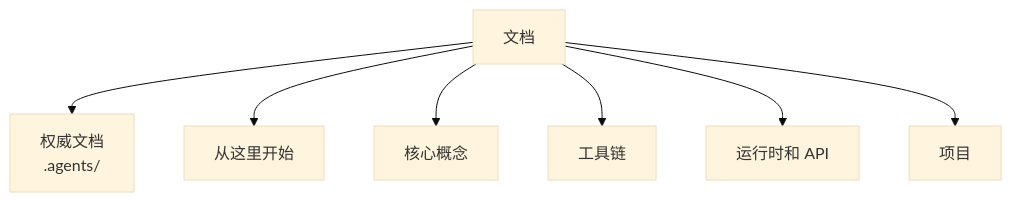
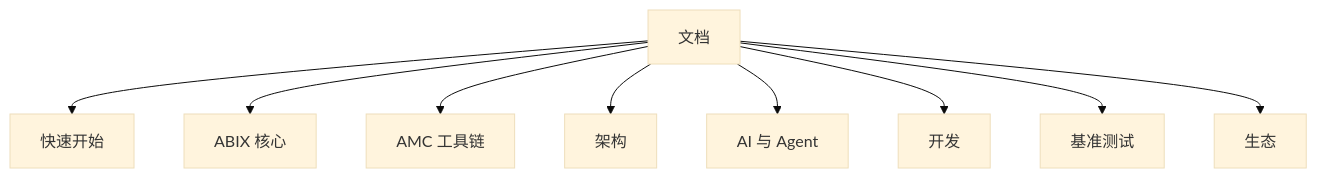
Before and after one commit to Sukanle/ABIX: the diagram in docs/README_zh.md, drawn with Mermaid (base theme). The commit also changed other lines of this file and 72 other files, not shown here.

````diff
--- a/docs/README_zh.md
+++ b/docs/README_zh.md
@@ -9,9 +9,11 @@
 ```mermaid
 graph TD
-    R[文档] --> A[权威文档<br>.agents/]
-    R --> S[从这里开始]
-    R --> C[核心概念]
-    R --> T[工具链]
-    R --> X[运行时和 API]
-    R --> P[项目]
+    R[文档] --> GS[快速开始]
+    R --> AX[ABIX 核心]
+    R --> AM[AMC 工具链]
+    R --> AR[架构]
+    R --> AI[AI 与 Agent]
+    R --> DV[开发]
+    R --> BM[基准测试]
+    R --> EC[生态]
 ```
````
